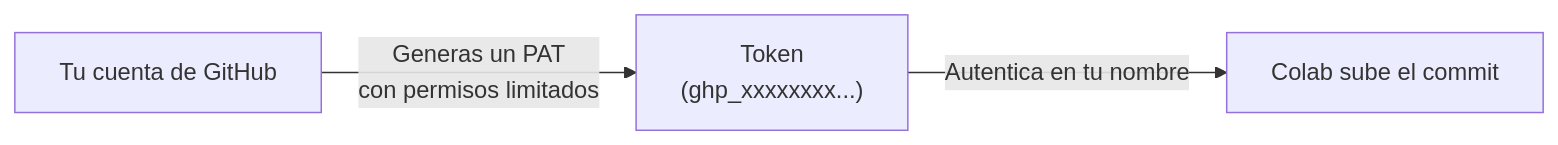
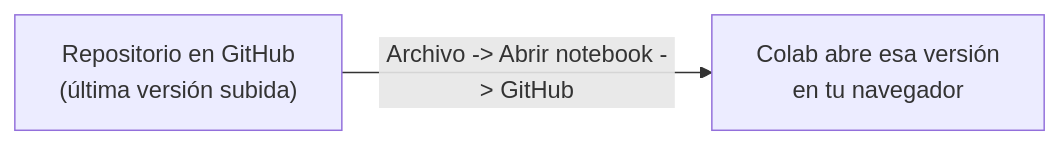
The fourth of 4 diagrams in content/cursos/programacion-cientifica/fundamentos-de-control-de-versiones-colab-y-diagnostico.mdx (santiagoSuarez219/nodo-edu), drawn with Mermaid before and after one commit. The commit also changed other lines of this file and 4 other files, not shown here.

````diff
--- a/content/cursos/programacion-cientifica/fundamentos-de-control-de-versiones-colab-y-diagnostico.mdx
+++ b/content/cursos/programacion-cientifica/fundamentos-de-control-de-versiones-colab-y-diagnostico.mdx
@@ -109,5 +133,4 @@
 ```mermaid
 flowchart LR
-  A["Tu cuenta de GitHub"] -->|"Generas un PAT\ncon permisos limitados"| B["Token\n(ghp_xxxxxxxx...)"]
-  B -->|"Autentica en tu nombre"| C["Colab sube el commit"]
+  A["Repositorio en GitHub\n(última versión subida)"] -->|"Archivo -> Abrir notebook -> GitHub"| B["Colab abre esa versión\nen tu navegador"]
 ```
````
